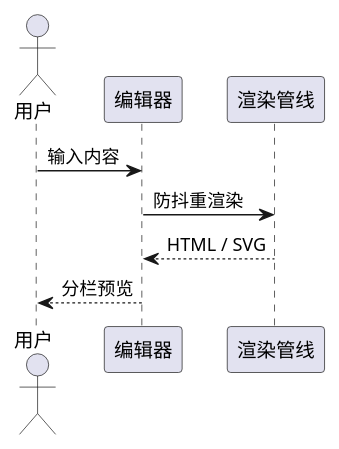
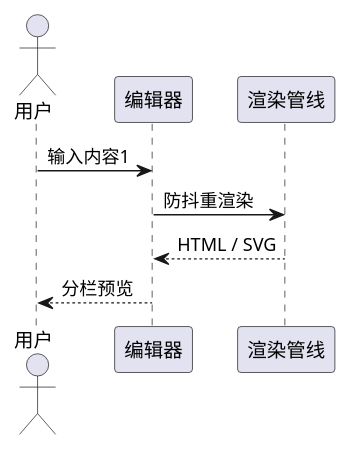
Before and after one commit to cpzz/panda-live: the first of 2 diagrams in examples/27-markdown.md, drawn with PlantUML. The commit also changed other lines of this file and 53 other files, not shown here.

First line of the commit message:
feat: 完善所见即所得编辑与固定视图模式条

````diff
--- a/examples/27-markdown.md
+++ b/examples/27-markdown.md
@@ -39,12 +41,12 @@
 ```plantuml
 @startuml
 actor 用户
 participant "编辑器" as Editor
 participant "渲染管线" as Pipeline
 
-用户 -> Editor: 输入内容
+用户 -> Editor: 输入内容1
 Editor -> Pipeline: 防抖重渲染
 Pipeline --> Editor: HTML / SVG
 Editor --> 用户: 分栏预览
 @enduml
 ```
````
